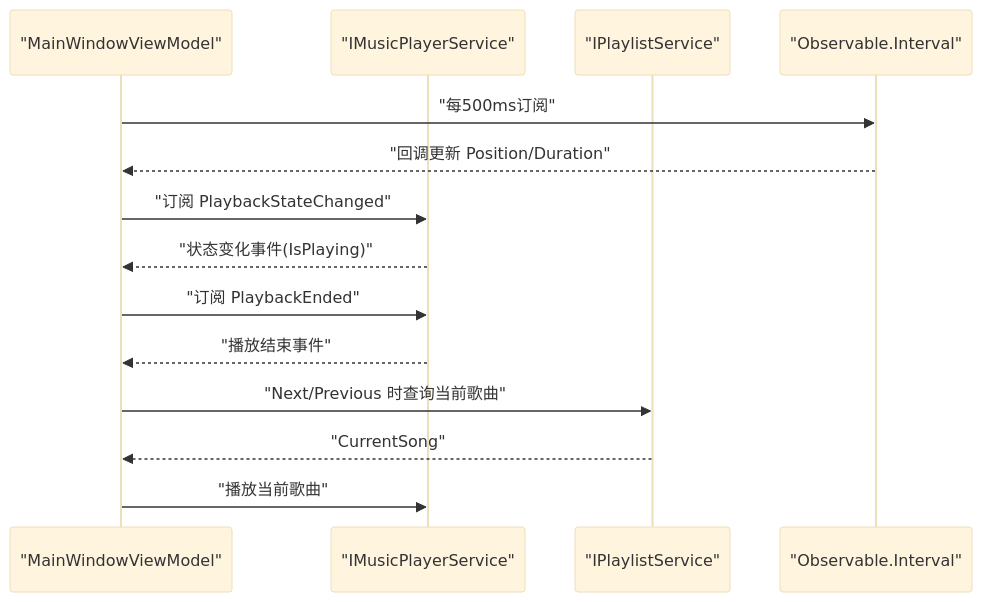
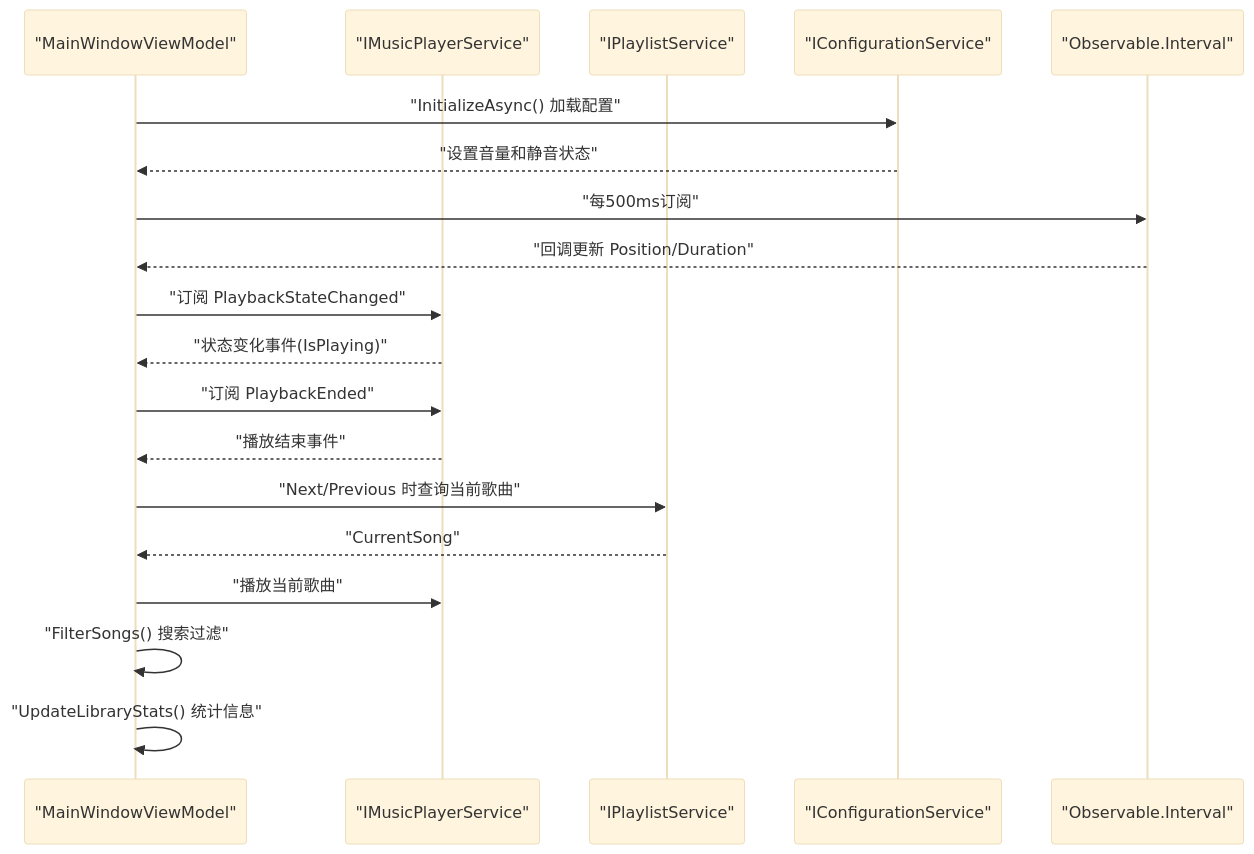
The fifth of 6 diagrams in .qoder/repowiki/zh/content/架构设计/架构设计.md (mariamjensen42-glitch/LocalMusicPlayer), drawn with Mermaid (base theme) before and after one commit. The commit also changed other lines of this file and 14 other files, not shown here.

````diff
--- a/.qoder/repowiki/zh/content/架构设计/架构设计.md
+++ b/.qoder/repowiki/zh/content/架构设计/架构设计.md
@@ -282,16 +338,21 @@
 ```mermaid
 sequenceDiagram
 participant VM as "MainWindowViewModel"
 participant Player as "IMusicPlayerService"
 participant Playlist as "IPlaylistService"
+participant Config as "IConfigurationService"
 participant Timer as "Observable.Interval"
+VM->>Config : "InitializeAsync() 加载配置"
+Config-->>VM : "设置音量和静音状态"
 VM->>Timer : "每500ms订阅"
 Timer-->>VM : "回调更新 Position/Duration"
 VM->>Player : "订阅 PlaybackStateChanged"
 Player-->>VM : "状态变化事件(IsPlaying)"
 VM->>Player : "订阅 PlaybackEnded"
 Player-->>VM : "播放结束事件"
 VM->>Playlist : "Next/Previous 时查询当前歌曲"
 Playlist-->>VM : "CurrentSong"
 VM->>Player : "播放当前歌曲"
+VM->>VM : "FilterSongs() 搜索过滤"
+VM->>VM : "UpdateLibraryStats() 统计信息"
 ```
````
